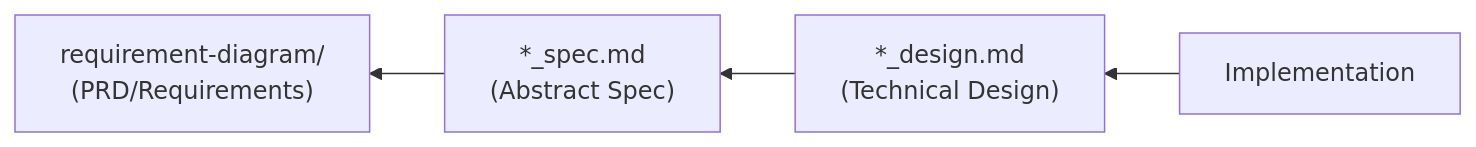
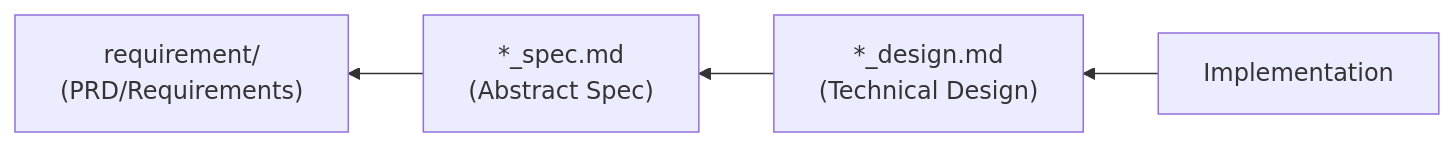
One commit to ToshikiImagawa/ai-sdd-workflow-ja changed the diagram in plugins/sdd-workflow/skills/doc-consistency-checker/SKILL.md. Above: the diagram before and after it, drawn with Mermaid. The commit also changed other lines of this file and 52 other files, not shown here.

````diff
--- a/plugins/sdd-workflow/skills/doc-consistency-checker/SKILL.md
+++ b/plugins/sdd-workflow/skills/doc-consistency-checker/SKILL.md
@@ -19,6 +37,6 @@
 ```mermaid
 graph RL
     IMPL[Implementation] --> DESIGN["*_design.md<br/>(Technical Design)"]
     DESIGN --> SPEC["*_spec.md<br/>(Abstract Spec)"]
-    SPEC --> PRD["requirement-diagram/<br/>(PRD/Requirements)"]
+    SPEC --> PRD["requirement/<br/>(PRD/Requirements)"]
 ```
````
